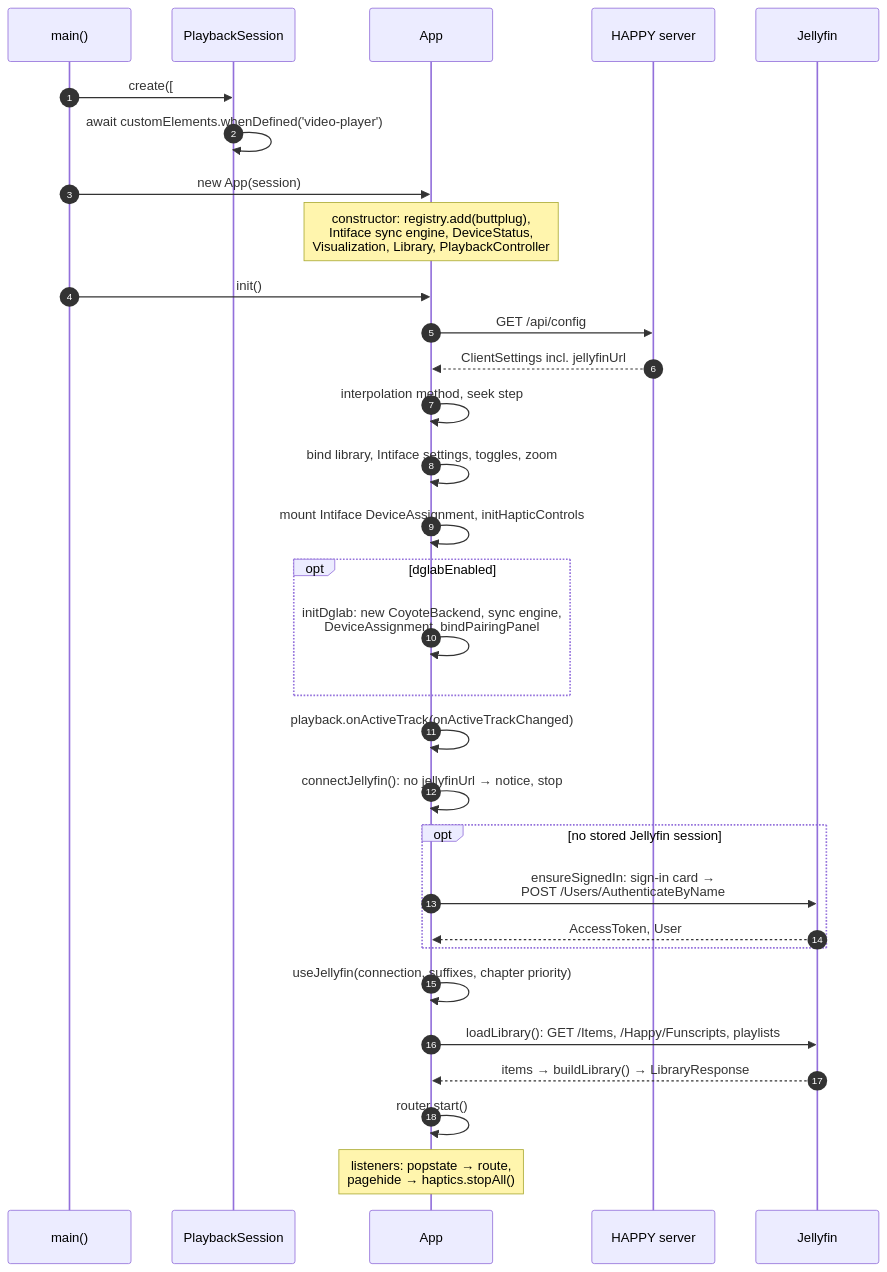
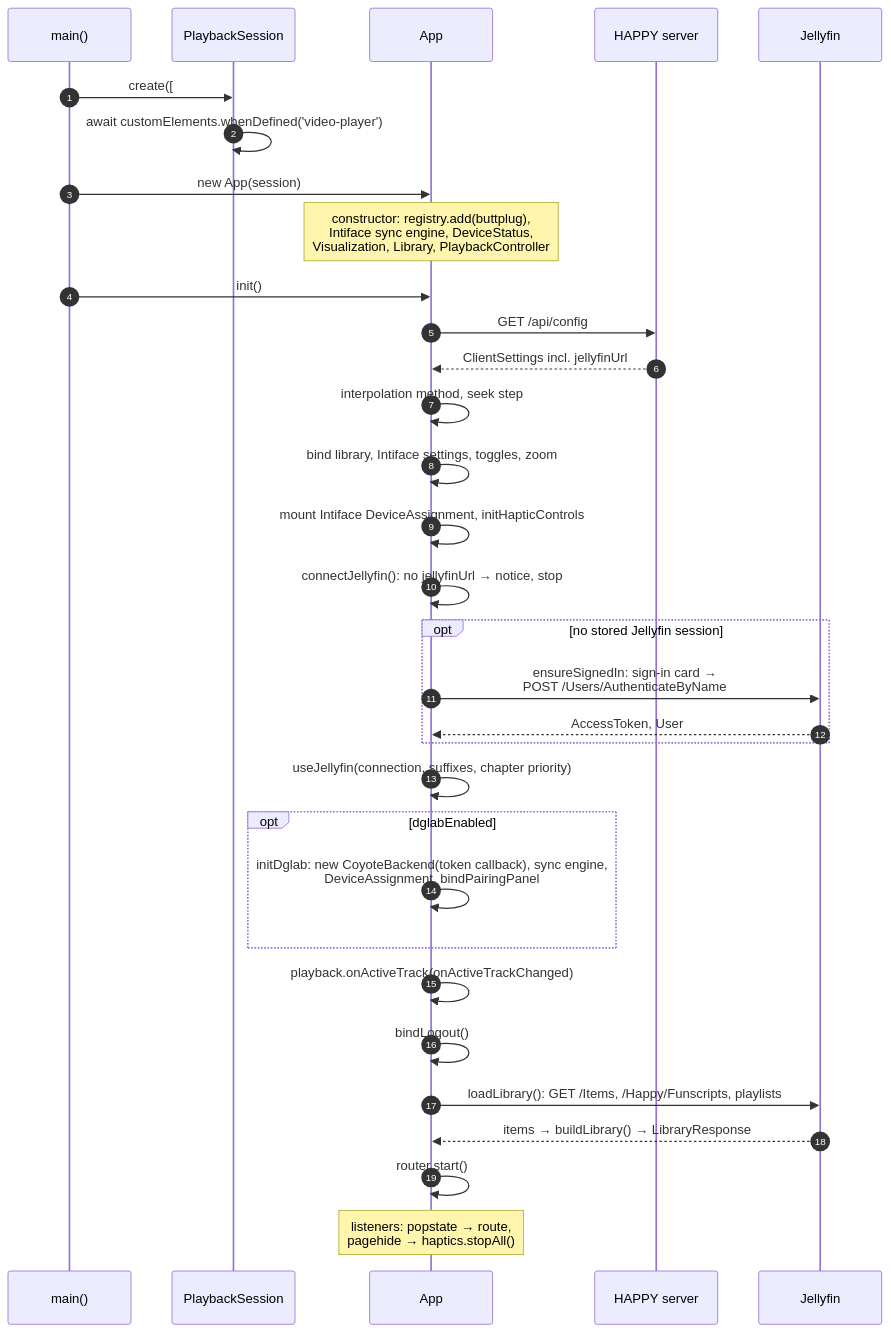
The second of 5 diagrams in docs/developer/client.md (lumbar-spine-support/docker-haptic-player), drawn with Mermaid before and after one commit. The commit also changed other lines of this file and 10 other files, not shown here.

````diff
--- a/docs/developer/client.md
+++ b/docs/developer/client.md
@@ -65,34 +65,35 @@
 ```mermaid
 sequenceDiagram
   autonumber
   participant M as main()
   participant PS as PlaybackSession
   participant A as App
   participant S as HAPPY server
   participant J as Jellyfin
 
   M->>PS: create([#player-slot-a, #player-slot-b])
   PS->>PS: await customElements.whenDefined('video-player')
   M->>A: new App(session)
   Note over A: constructor: registry.add(buttplug),<br/>Intiface sync engine, DeviceStatus,<br/>Visualization, Library, PlaybackController
   M->>A: init()
   A->>S: GET /api/config
   S-->>A: ClientSettings incl. jellyfinUrl
   A->>A: interpolation method, seek step
   A->>A: bind library, Intiface settings, toggles, zoom
   A->>A: mount Intiface DeviceAssignment, initHapticControls
-  opt dglabEnabled
-    A->>A: initDglab: new CoyoteBackend, sync engine,<br/>DeviceAssignment, bindPairingPanel
-  end
-  A->>A: playback.onActiveTrack(onActiveTrackChanged)
   A->>A: connectJellyfin(): no jellyfinUrl → notice, stop
   opt no stored Jellyfin session
     A->>J: ensureSignedIn: sign-in card →<br/>POST /Users/AuthenticateByName
     J-->>A: AccessToken, User
   end
   A->>A: useJellyfin(connection, suffixes, chapter priority)
+  opt dglabEnabled
+    A->>A: initDglab: new CoyoteBackend(token callback), sync engine,<br/>DeviceAssignment, bindPairingPanel
+  end
+  A->>A: playback.onActiveTrack(onActiveTrackChanged)
+  A->>A: bindLogout()
   A->>J: loadLibrary(): GET /Items, /Happy/Funscripts, playlists
   J-->>A: items → buildLibrary() → LibraryResponse
   A->>A: router.start()
   Note over A: listeners: popstate → route,<br/>pagehide → haptics.stopAll()
 ```
````
